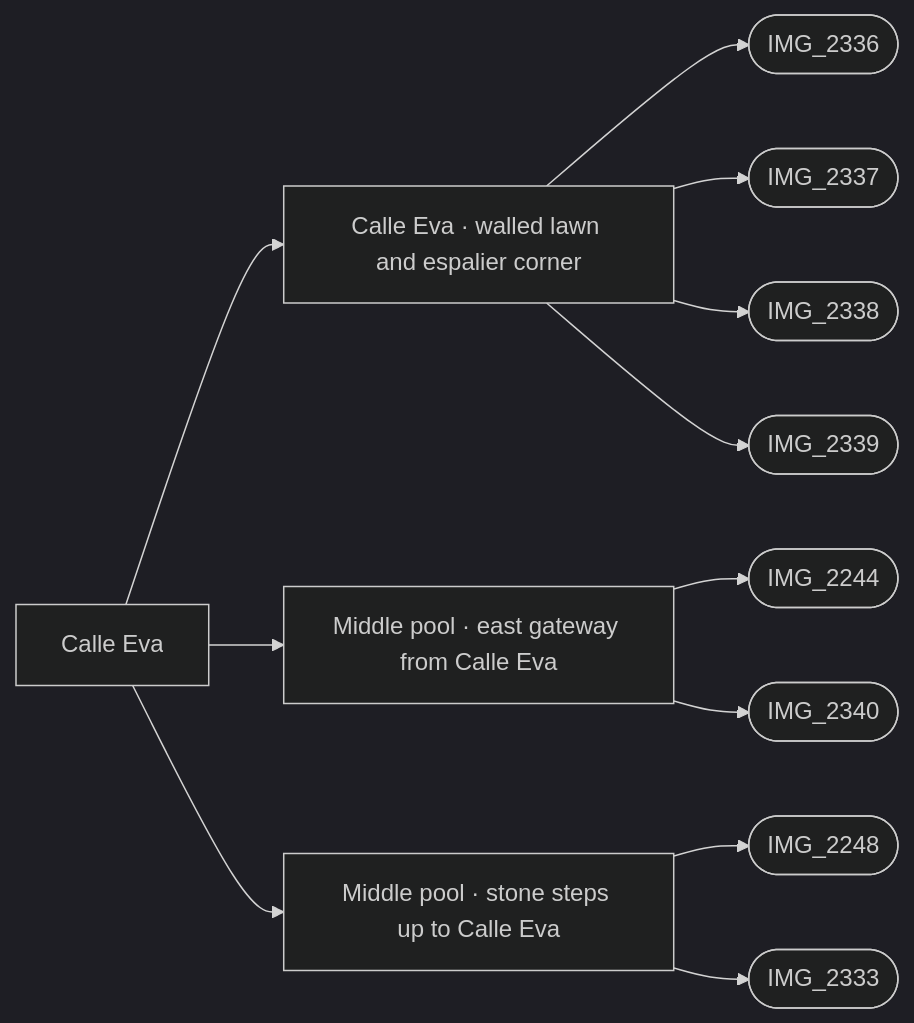
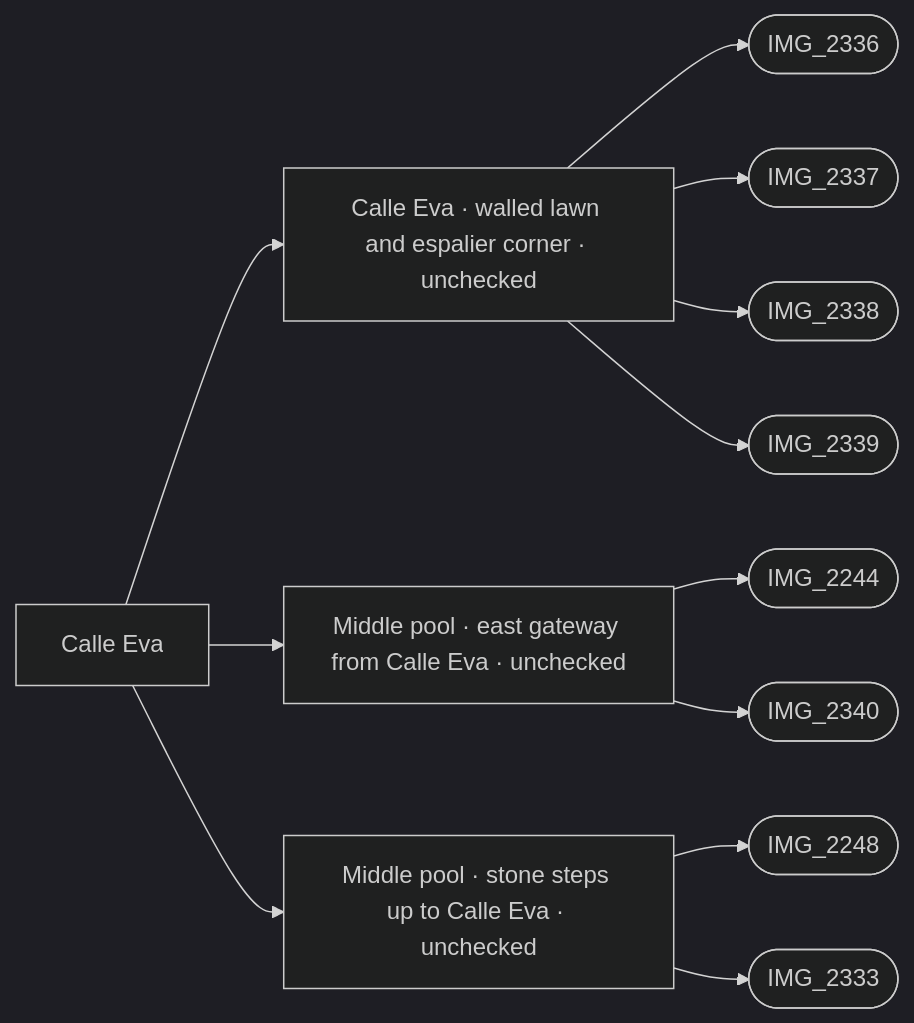
The diagram in refs/areas/eva.md (daveyboyc/villacana-venture), drawn with Mermaid (dark theme) before and after one commit. The commit also changed other lines of this file and 47 other files, not shown here.

````diff
--- a/refs/areas/eva.md
+++ b/refs/areas/eva.md
@@ -29,15 +29,15 @@
 ```mermaid
 graph LR
   A["Calle Eva"]
-  A --> F0["Calle Eva · walled lawn and espalier corner"]
+  A --> F0["Calle Eva · walled lawn and espalier corner · unchecked"]
   F0 --> PIMG_2336_jpg(["IMG_2336"])
   F0 --> PIMG_2337_jpg(["IMG_2337"])
   F0 --> PIMG_2338_jpg(["IMG_2338"])
   F0 --> PIMG_2339_jpg(["IMG_2339"])
-  A --> F1["Middle pool · east gateway from Calle Eva"]
+  A --> F1["Middle pool · east gateway from Calle Eva · unchecked"]
   F1 --> PIMG_2244_jpg(["IMG_2244"])
   F1 --> PIMG_2340_jpg(["IMG_2340"])
-  A --> F2["Middle pool · stone steps up to Calle Eva"]
+  A --> F2["Middle pool · stone steps up to Calle Eva · unchecked"]
   F2 --> PIMG_2248_jpg(["IMG_2248"])
   F2 --> PIMG_2333_jpg(["IMG_2333"])
 ```
````
